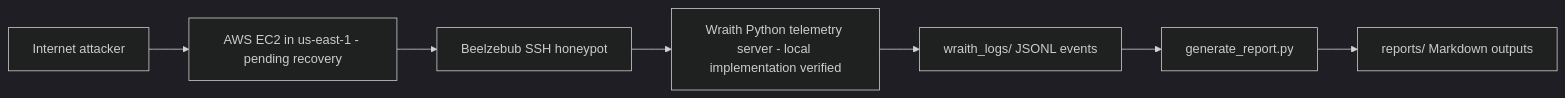
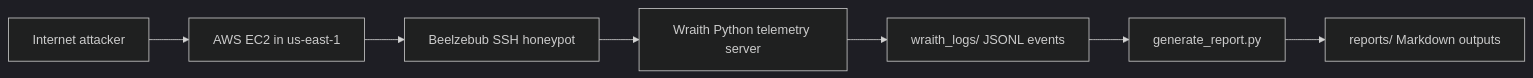
One commit to shikhar-sahay/wraith changed the second of 2 diagrams in docs/architecture-notes.md. Above: the diagram before and after it, drawn with Mermaid (dark theme). The commit also changed other lines of this file and 10 other files, not shown here.

````diff
--- a/docs/architecture-notes.md
+++ b/docs/architecture-notes.md
@@ -26,9 +26,9 @@
 ```mermaid
 flowchart LR
-    A[Internet attacker] --> B[AWS EC2 in us-east-1 - pending recovery]
+    A[Internet attacker] --> B[AWS EC2 in us-east-1]
     B --> C[Beelzebub SSH honeypot]
-    C --> D[Wraith Python telemetry server - local implementation verified]
+    C --> D[Wraith Python telemetry server]
     D --> E[wraith_logs/ JSONL events]
     E --> F[generate_report.py]
     F --> G[reports/ Markdown outputs]
 ```
````
